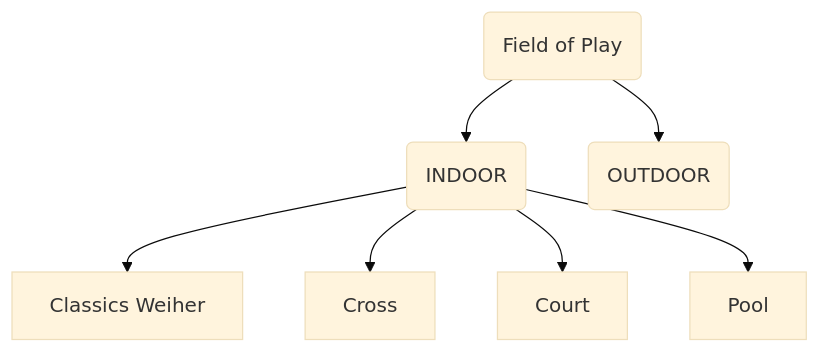
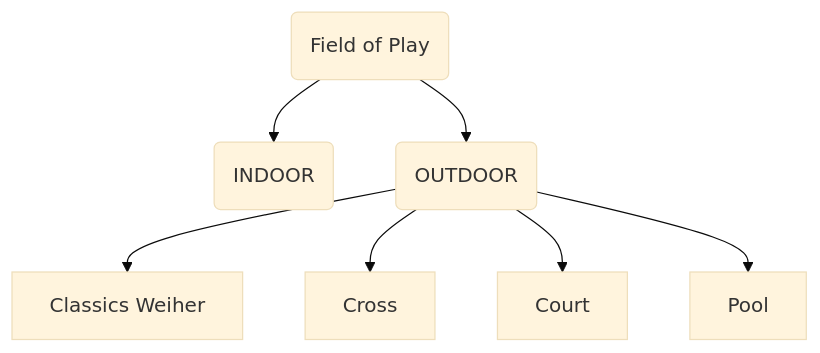
The diagram in docs/basics/field_of_plays.md (dohodathi/weihergames), drawn with Mermaid (base theme) before and after one commit. The commit also changed 8 other files, not shown here.

```diff
--- a/docs/basics/field_of_plays.md
+++ b/docs/basics/field_of_plays.md
@@ -4,9 +4,9 @@
 <div class="mermaid">
 graph TD
    FoP(Field of Play) --> I(INDOOR)
    FoP --> O(OUTDOOR)
-   I --> I1[Classics Weiher]
-   I --> I2[Cross]
-   I --> I3[Court]
-   I --> I4[Pool]
+   O --> O1[Classics Weiher]
+   O --> O2[Cross]
+   O --> O3[Court]
+   O --> O4[Pool]
 </div>
```
